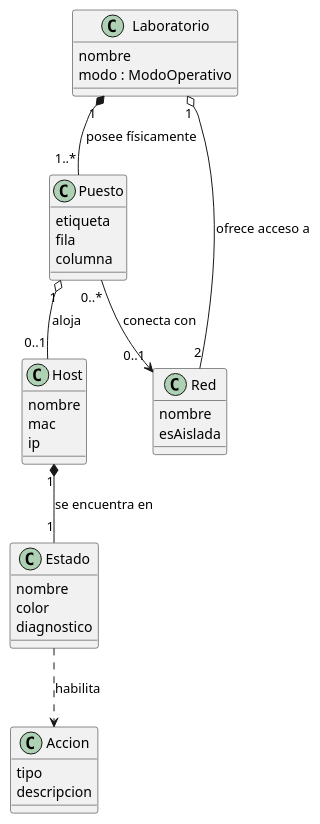
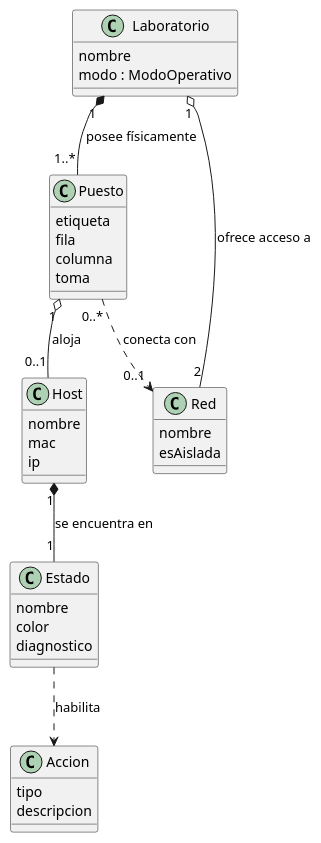
The diagram in RUP/00-casos-uso/00-modelo-del-dominio/diagrama-clases.puml (Carlos-Lima2510/mesh-panel), drawn with PlantUML before and after one commit.

Commit message:
fix: Correct relationship notation for 'Puesto' and 'Red' in class diagram

```diff
--- a/RUP/00-casos-uso/00-modelo-del-dominio/diagrama-clases.puml
+++ b/RUP/00-casos-uso/00-modelo-del-dominio/diagrama-clases.puml
@@ -1,45 +1,46 @@
 @startuml diagrama-clases
 
 class Laboratorio {
     nombre
     modo : ModoOperativo
 }
 
 class Puesto {
     etiqueta
     fila
     columna
+    toma
 }
 
 class Host {
     nombre
     mac
     ip
 }
 
 class Red {
     nombre
     esAislada
 }
 
 class Estado {
     nombre
     color
     diagnostico
 }
 
 class Accion {
     tipo
     descripcion
 }
 
 Laboratorio "1" *-- "1..*" Puesto : "posee físicamente"
 Laboratorio "1" o-- "2" Red : "ofrece acceso a"
 
 Puesto "1" o-- "0..1" Host : "aloja"
-Puesto "0..*" --> "0..1" Red : "conecta con"
+Puesto "0..*" ..> "0..1" Red : "conecta con"
 
 Host "1" *-- "1" Estado : "se encuentra en"
 Estado ..> Accion : "habilita"
 
 @enduml
```
